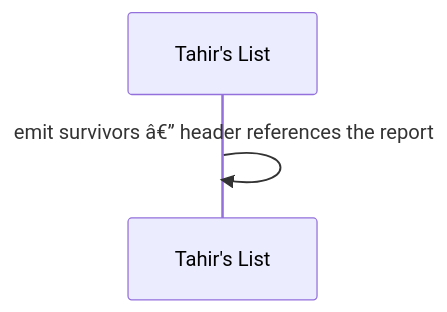
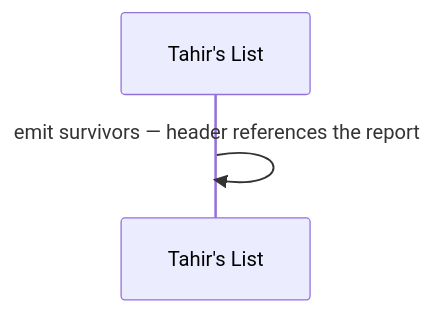
One commit to Losers-Lab/tahirs-list changed the second of 7 diagrams in docs/features/SC-211/04-blackbox/UC-03-load-reviewed-batch.md. Above: the diagram before and after it, drawn with Mermaid. The commit also changed other lines of this file and 12 other files, not shown here.

````diff
--- a/docs/features/SC-211/04-blackbox/UC-03-load-reviewed-batch.md
+++ b/docs/features/SC-211/04-blackbox/UC-03-load-reviewed-batch.md
@@ -22,5 +22,5 @@
 ```mermaid
 sequenceDiagram
   participant TL as Tahir's List
-  TL->>TL: emit survivors â€” header references the report
+  TL->>TL: emit survivors — header references the report
 ```
````
